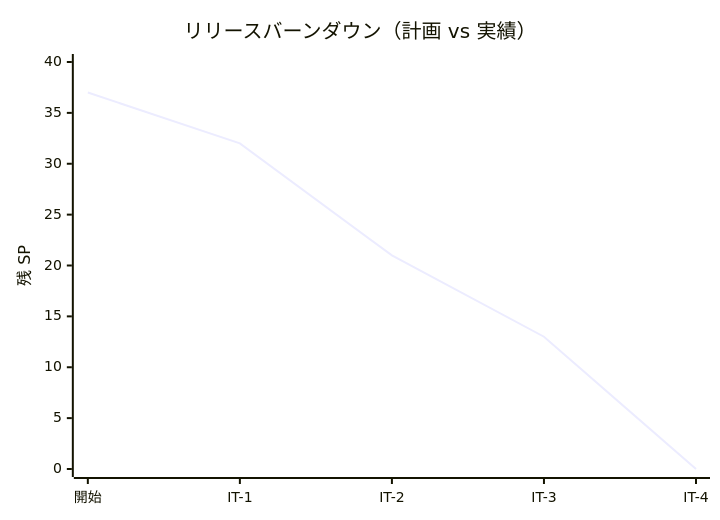
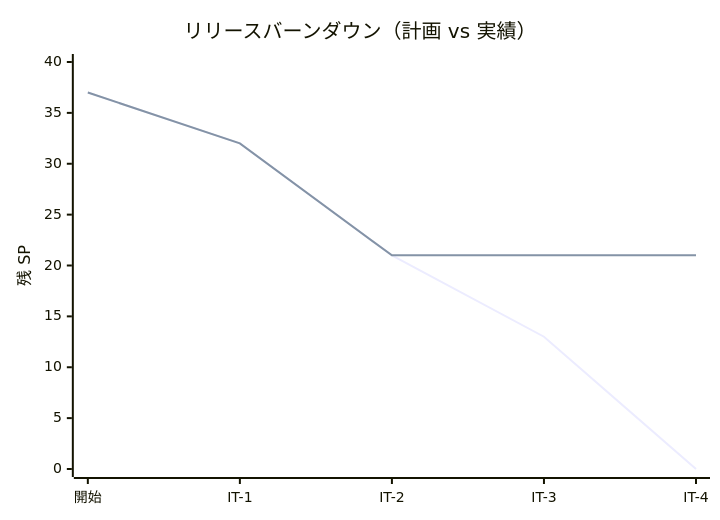
The third of 3 diagrams in docs/development/release_plan.md (k2works/ai-programing-exercise), drawn with Mermaid before and after one commit. The commit also changed other lines of this file and 3 other files, not shown here.

````diff
--- a/docs/development/release_plan.md
+++ b/docs/development/release_plan.md
@@ -335,7 +348,8 @@
 ```mermaid
 xychart-beta
     title "リリースバーンダウン（計画 vs 実績）"
     x-axis ["開始", "IT-1", "IT-2", "IT-3", "IT-4"]
     y-axis "残 SP" 0 --> 40
     line "計画" [37, 32, 21, 13, 0]
+    line "実績(IT-2まで)" [37, 32, 21, 21, 21]
 ```
````
